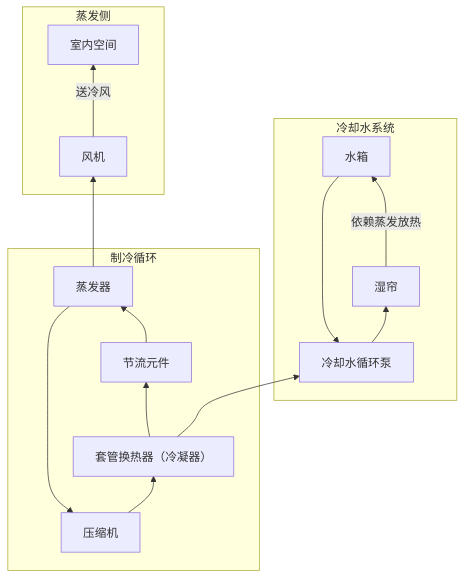
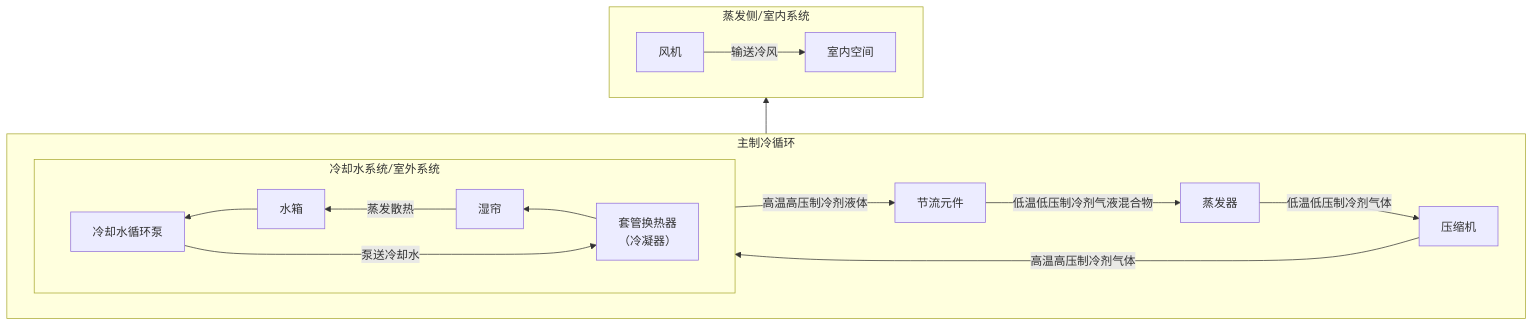
Before and after one commit to YooyoJin/yooyojin.github.io: the fourth of 4 diagrams in _posts/2025-07-01-refrigeration_basics.md, drawn with Mermaid. The commit also changed other lines of this file and 6 other files, not shown here.

````diff
--- a/_posts/2025-07-01-refrigeration_basics.md
+++ b/_posts/2025-07-01-refrigeration_basics.md
@@ -316,22 +316,25 @@
 ``` mermaid
 flowchart BT
-    subgraph 制冷循环
-        A[压缩机] --> B[套管换热器（冷凝器）]
-        B --> C[节流元件]
-        C --> D[蒸发器]
-        D --> A
+    subgraph 主制冷循环[主制冷循环]
+        direction LR
+        A[压缩机] -->|高温高压制冷剂气体| B[套管换热器<br>（冷凝器）]
+        B -->|高温高压制冷剂液体| C[节流元件]
+        C -->|低温低压制冷剂气液混合物| D[蒸发器]
+        D -->|低温低压制冷剂气体| A
+
+        subgraph 冷却水系统[冷却水系统/室外系统]
+            direction RL
+            K[水箱] --> J[冷却水循环泵]
+            J -->|泵送冷却水| B
+            L[湿帘] -->|蒸发散热| K
+        end
+        B --> L
     end
 
-    B --> J
-
-    subgraph 冷却水系统
-        K --> J[冷却水循环泵]
-        J --> L[湿帘]
-        L -->|依赖蒸发放热| K[水箱]
+    subgraph 蒸发侧[蒸发侧/室内系统]
+        direction LR
+        D --> H[风机]
+        H -->|输送冷风| I[室内空间]
     end
 
-    subgraph 蒸发侧
-        D --> H[风机]
-        H -->|送冷风| I[室内空间]
-    end
 ```
````
